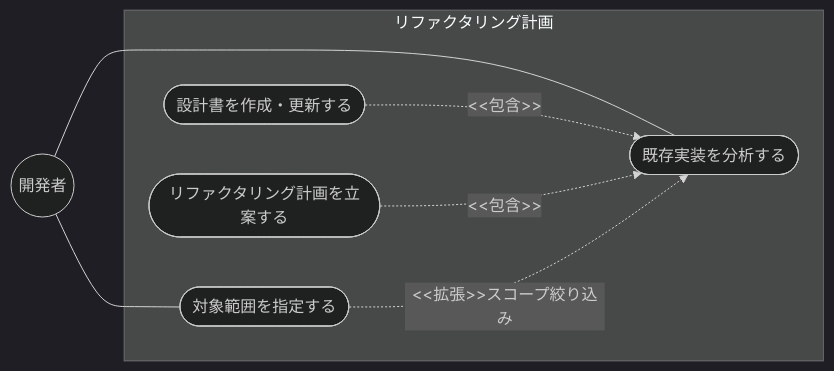
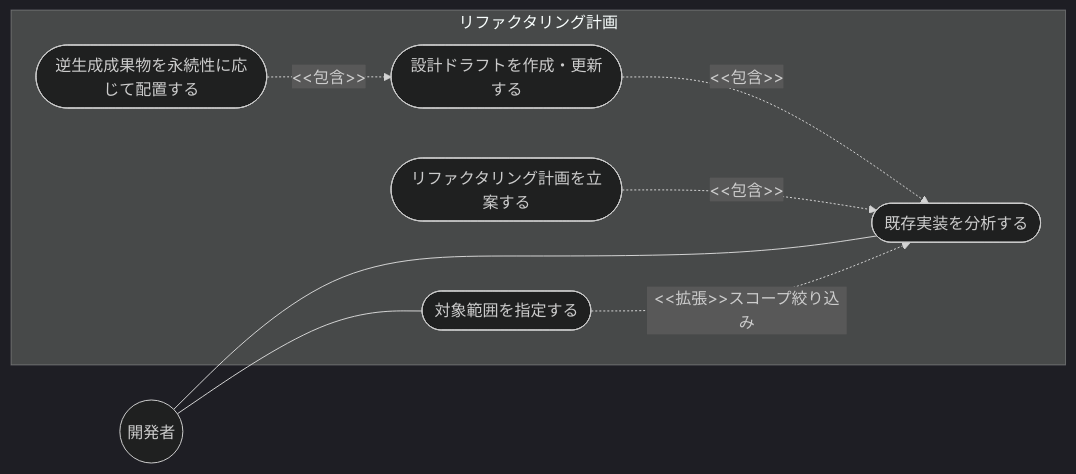
One commit to ToshikiImagawa/ai-sdd-workflow-dev changed the first of 2 diagrams in .sdd/requirement/spec-design/plan-refactor.md. Above: the diagram before and after it, drawn with Mermaid. The commit also changed other lines of this file and 20 other files, not shown here.

````diff
--- a/.sdd/requirement/spec-design/plan-refactor.md
+++ b/.sdd/requirement/spec-design/plan-refactor.md
@@ -38,18 +40,20 @@
 ```mermaid
 %%{init: {'theme': 'dark'}}%%
 flowchart LR
     Developer((開発者))
 
     subgraph PlanRefactor["リファクタリング計画"]
         AnalyzeImpl([既存実装を分析する])
-        BuildDesignDoc([設計書を作成・更新する])
+        BuildDesignDraft([設計ドラフトを作成・更新する])
         PlanRefactoring([リファクタリング計画を立案する])
         ScopeTarget([対象範囲を指定する])
+        PlaceArtifacts([逆生成成果物を永続性に応じて配置する])
     end
 
     Developer --- AnalyzeImpl
     Developer --- ScopeTarget
-    BuildDesignDoc -.->|"<<包含>>"| AnalyzeImpl
+    BuildDesignDraft -.->|"<<包含>>"| AnalyzeImpl
     PlanRefactoring -.->|"<<包含>>"| AnalyzeImpl
     ScopeTarget -.->|"<<拡張>>スコープ絞り込み"| AnalyzeImpl
+    PlaceArtifacts -.->|"<<包含>>"| BuildDesignDraft
 ```
````
